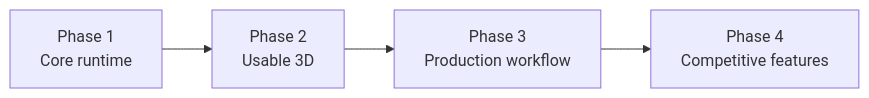
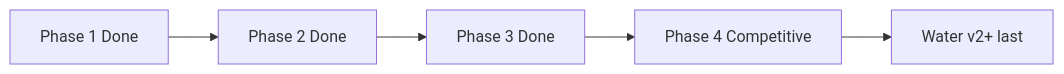
One commit to ReinhardBehrens/shiloh3d changed the diagram in docs/ROADMAP.md. Above: the diagram before and after it, drawn with Mermaid. The commit also changed other lines of this file and 48 other files, not shown here.

First line of the commit message:
Close Phase 3 exit and land Phase 4 foundations (water v2 last).

````diff
--- a/docs/ROADMAP.md
+++ b/docs/ROADMAP.md
@@ -152,6 +114,7 @@
 ```mermaid
 flowchart LR
-  P1[Phase 1<br/>Core runtime] --> P2[Phase 2<br/>Usable 3D]
-  P2 --> P3[Phase 3<br/>Production workflow]
-  P3 --> P4[Phase 4<br/>Competitive features]
+  P1[Phase 1 Done] --> P2[Phase 2 Done]
+  P2 --> P3[Phase 3 Done]
+  P3 --> P4[Phase 4 Competitive]
+  P4 --> W2[Water v2+ last]
 ```
````
